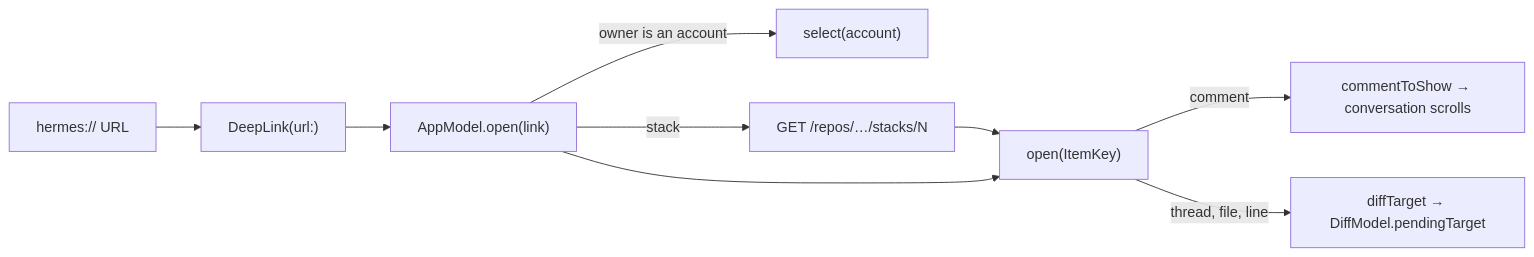
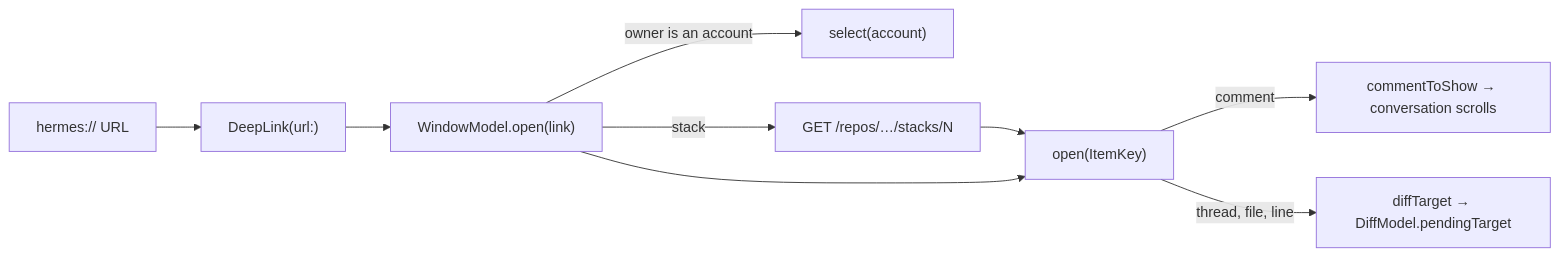
Before and after one commit to bojanrajkovic/hermes: the diagram in plans/deep-links.md, drawn with Mermaid. The commit also changed other lines of this file and 17 other files, not shown here.

First line of the commit message:
Split the app's state into AppStore, AccountData, and WindowModel

````diff
--- a/plans/deep-links.md
+++ b/plans/deep-links.md
@@ -48,10 +48,10 @@
 ```mermaid
 graph LR
     U[hermes:// URL] --> P["DeepLink(url:)"]
-    P --> A["AppModel.open(link)"]
+    P --> A["WindowModel.open(link)"]
     A -->|owner is an account| S["select(account)"]
     A -->|stack| R["GET /repos/…/stacks/N"] --> O
     A --> O["open(ItemKey)"]
     O -->|comment| C["commentToShow → conversation scrolls"]
     O -->|thread, file, line| D["diffTarget → DiffModel.pendingTarget"]
 ```
````
